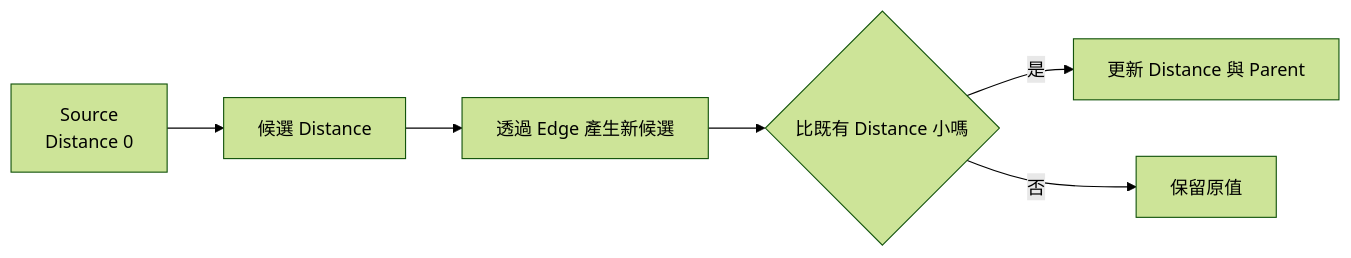
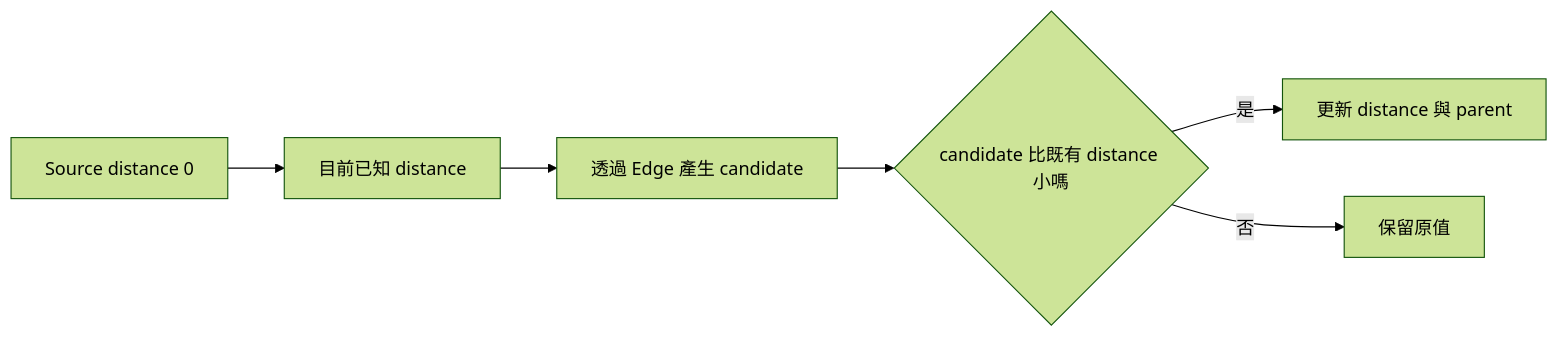
Before and after one commit to davidchen0970/algorithm_note: the second of 9 diagrams in 07_graph/33_shortest_path.md, drawn with Mermaid (forest theme). The commit also changed other lines of this file and 2 other files, not shown here.

````diff
--- a/07_graph/33_shortest_path.md
+++ b/07_graph/33_shortest_path.md
@@ -44,8 +73,8 @@
 ```mermaid
 flowchart LR
-    S[Source<br/>Distance 0] --> A[候選 Distance]
-    A --> B[透過 Edge 產生新候選]
-    B --> C{比既有 Distance 小嗎}
-    C -->|是| D[更新 Distance 與 Parent]
-    C -->|否| E[保留原值]
+    S["Source distance 0"] --> A["目前已知 distance"]
+    A --> B["透過 Edge 產生 candidate"]
+    B --> C{"candidate 比既有 distance 小嗎"}
+    C -->|是| D["更新 distance 與 parent"]
+    C -->|否| E["保留原值"]
 ```
````
